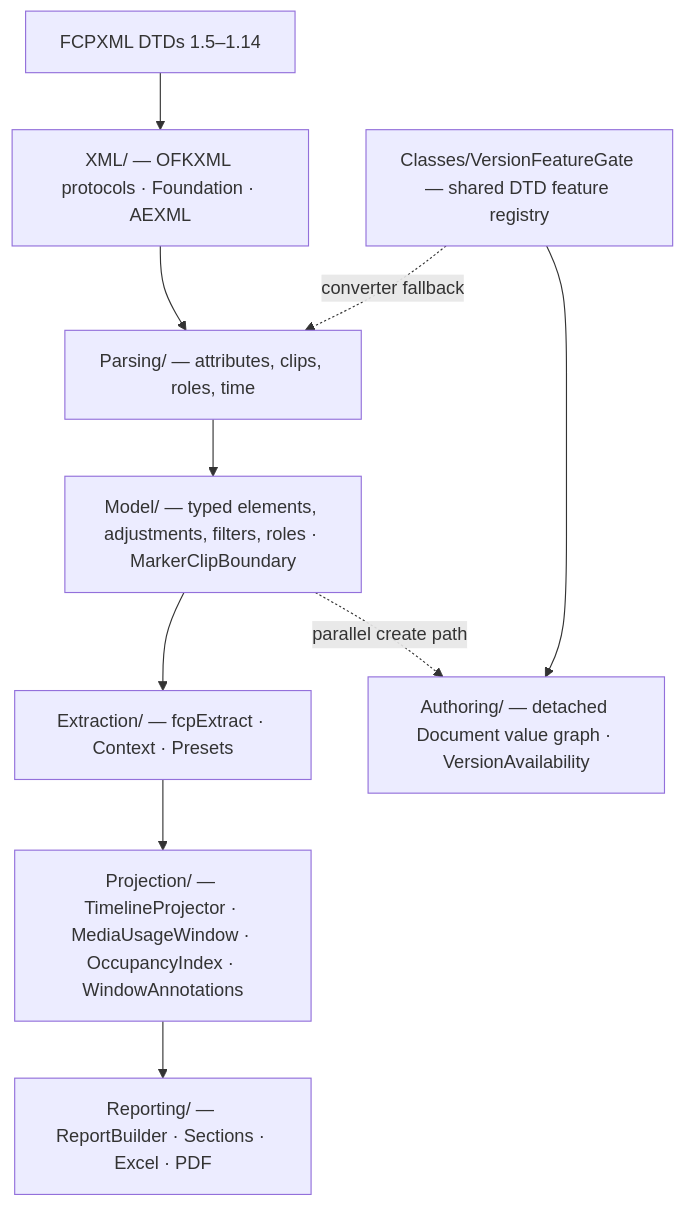
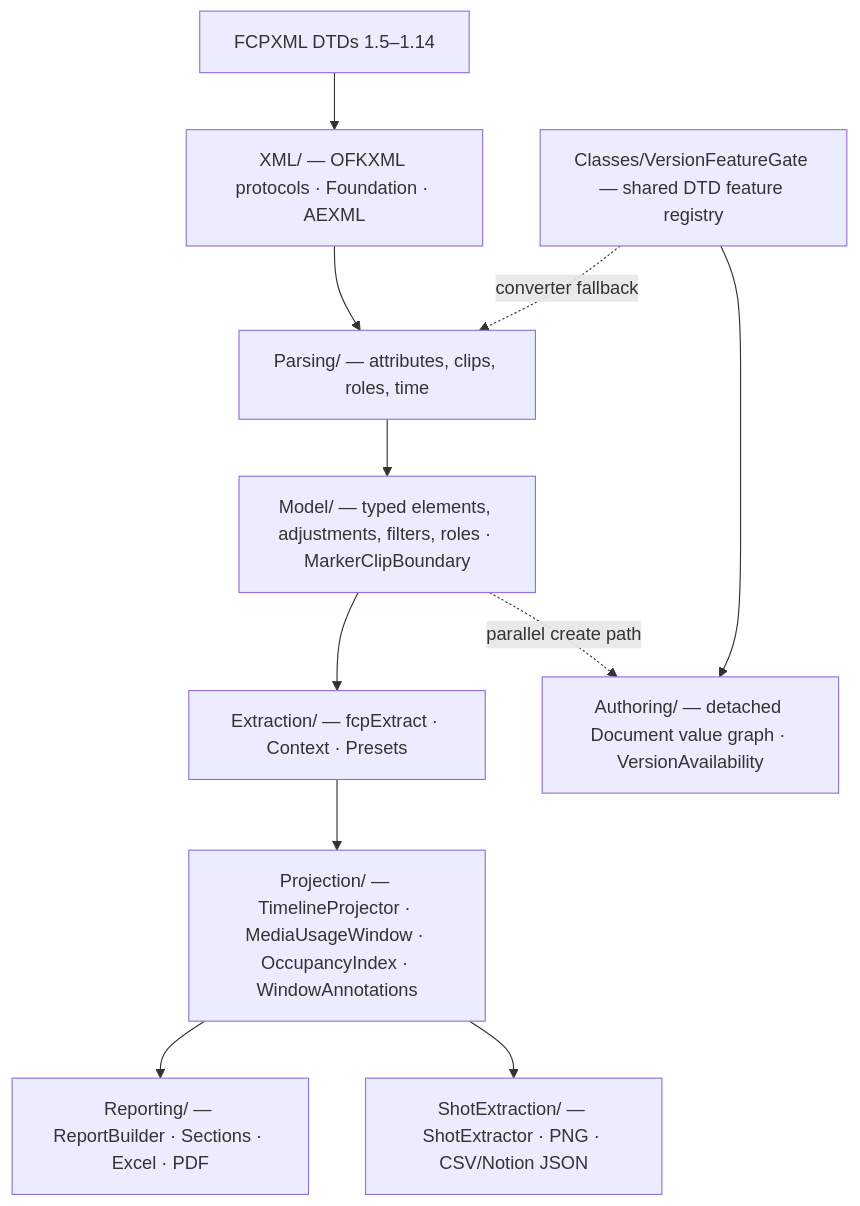
The third of 6 diagrams in ARCHITECTURE.md (TheAcharya/OpenFCPXMLKit), drawn with Mermaid before and after one commit. The commit also changed other lines of this file and 37 other files, not shown here.

First line of the commit message:
Add still-image Shot Extraction with CLI and 3.3.0 docs.

````diff
--- a/ARCHITECTURE.md
+++ b/ARCHITECTURE.md
@@ -272,18 +275,20 @@
 ```mermaid
 flowchart TB
     DTD["FCPXML DTDs 1.5–1.14"]
     XML["XML/ — OFKXML protocols · Foundation · AEXML"]
     PRS["Parsing/ — attributes, clips, roles, time"]
     MDL["Model/ — typed elements, adjustments, filters, roles · MarkerClipBoundary"]
     EXT["Extraction/ — fcpExtract · Context · Presets"]
     PRJ["Projection/ — TimelineProjector · MediaUsageWindow · OccupancyIndex · WindowAnnotations"]
     REP["Reporting/ — ReportBuilder · Sections · Excel · PDF"]
+    SHOT["ShotExtraction/ — ShotExtractor · PNG · CSV/Notion JSON"]
 
     DTD --> XML --> PRS --> MDL --> EXT --> PRJ --> REP
+    PRJ --> SHOT
 
     AUTH["Authoring/ — detached Document value graph · VersionAvailability"]
     GATE["Classes/VersionFeatureGate — shared DTD feature registry"]
     MDL -.->|"parallel create path"| AUTH
     GATE --> AUTH
     GATE -.->|"converter fallback"| PRS
 ```
````
